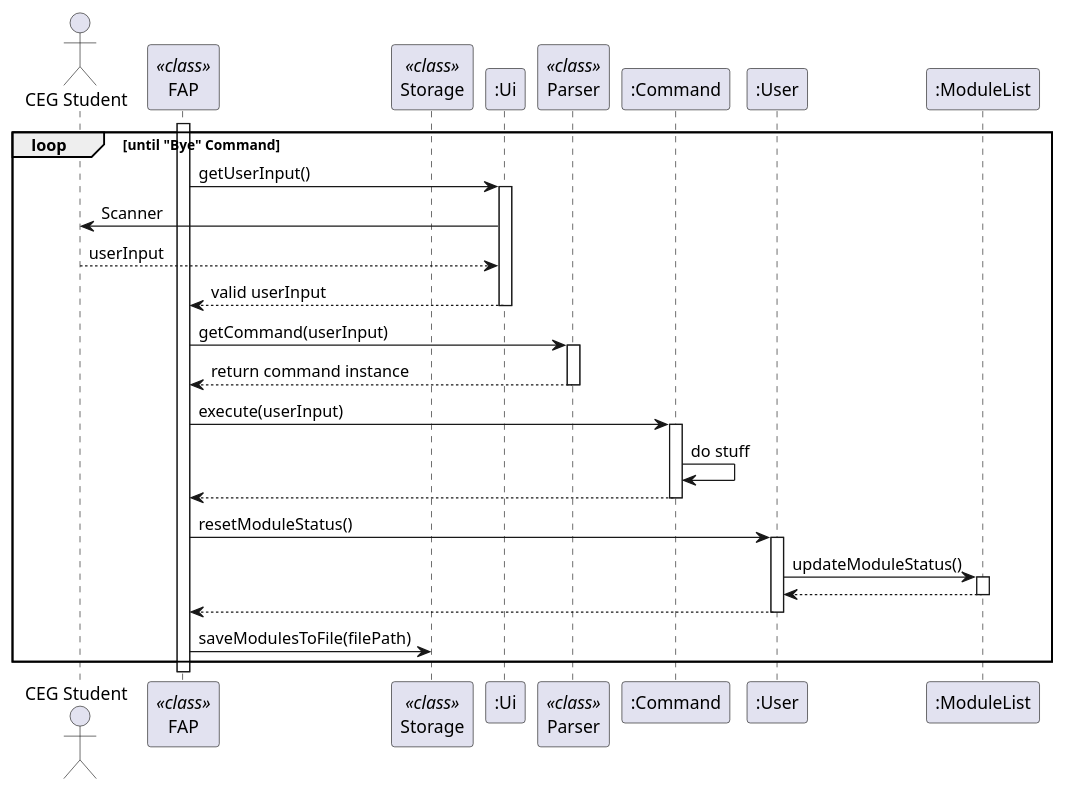
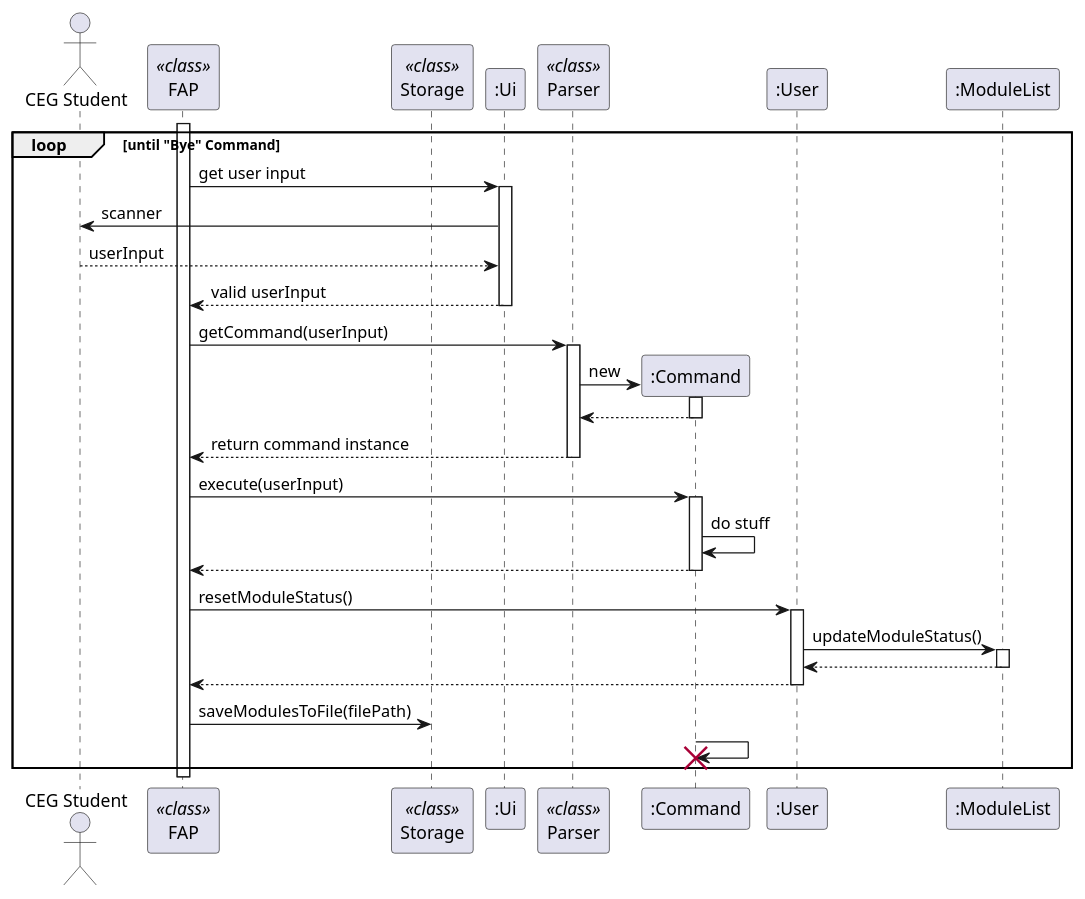
One commit to fungg0/tp changed the diagram in docs/diagrams/ArchitectureSequenceDiagram.puml. Above: the diagram before and after it, drawn with PlantUML. The commit also changed 3 other files, not shown here.

Commit message:
Update diagrams

```diff
--- a/docs/diagrams/ArchitectureSequenceDiagram.puml
+++ b/docs/diagrams/ArchitectureSequenceDiagram.puml
@@ -1,49 +1,55 @@
 @startuml
 
 actor Student as "CEG Student"
 
 participant FAP as FAP <<class>>
 participant Storage as Storage <<class>>
 participant Ui as ":Ui"
 participant Parser as Parser <<class>>
-participant Command as ":Command"
-participant User as ":User"
-participant ModuleList as ":ModuleList"
 
 activate FAP
-
 loop until "Bye" Command
 
-FAP -> Ui: getUserInput()
+FAP -> Ui: get user input
 activate Ui
 
-Ui -> Student: Scanner
+Ui -> Student: scanner
 Student --> Ui: userInput
 Ui --> FAP: valid userInput
 
 deactivate Ui
 
 FAP -> Parser: getCommand(userInput)
 activate Parser
+Parser -> ":Command"**: new
+activate ":Command"
+":Command" --> Parser:
+deactivate ":Command"
 Parser --> FAP: return command instance
 deactivate Parser
 
-FAP -> Command: execute(userInput)
-activate Command
-Command -> Command: do stuff
-Command --> FAP
-deactivate Command
+FAP -> ":Command": execute(userInput)
+activate ":Command"
+":Command" -> ":Command": do stuff
+":Command" --> FAP
+deactivate ":Command"
+
+participant User as ":User"
+participant ModuleList as ":ModuleList"
 
 FAP -> User: resetModuleStatus()
 activate User
 User -> ModuleList: updateModuleStatus()
 activate ModuleList
 ModuleList --> User
 deactivate ModuleList
 User --> FAP
 deactivate User
 
 FAP -> Storage: saveModulesToFile(filePath)
+":Command" -> ":Command"
+destroy ":Command"
 end loop
+deactivate FAP
 
 @enduml
```
